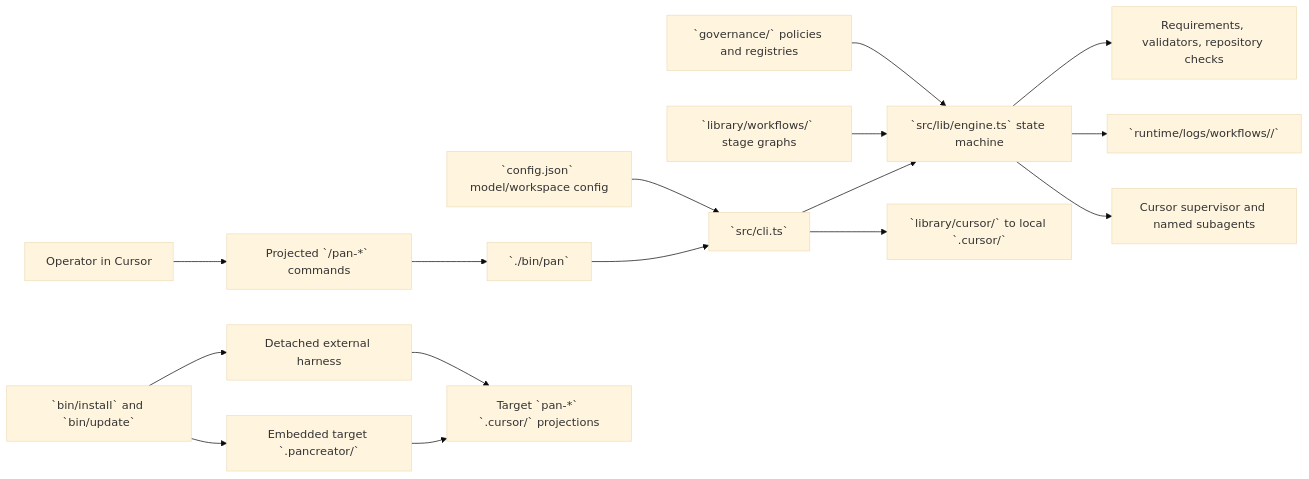
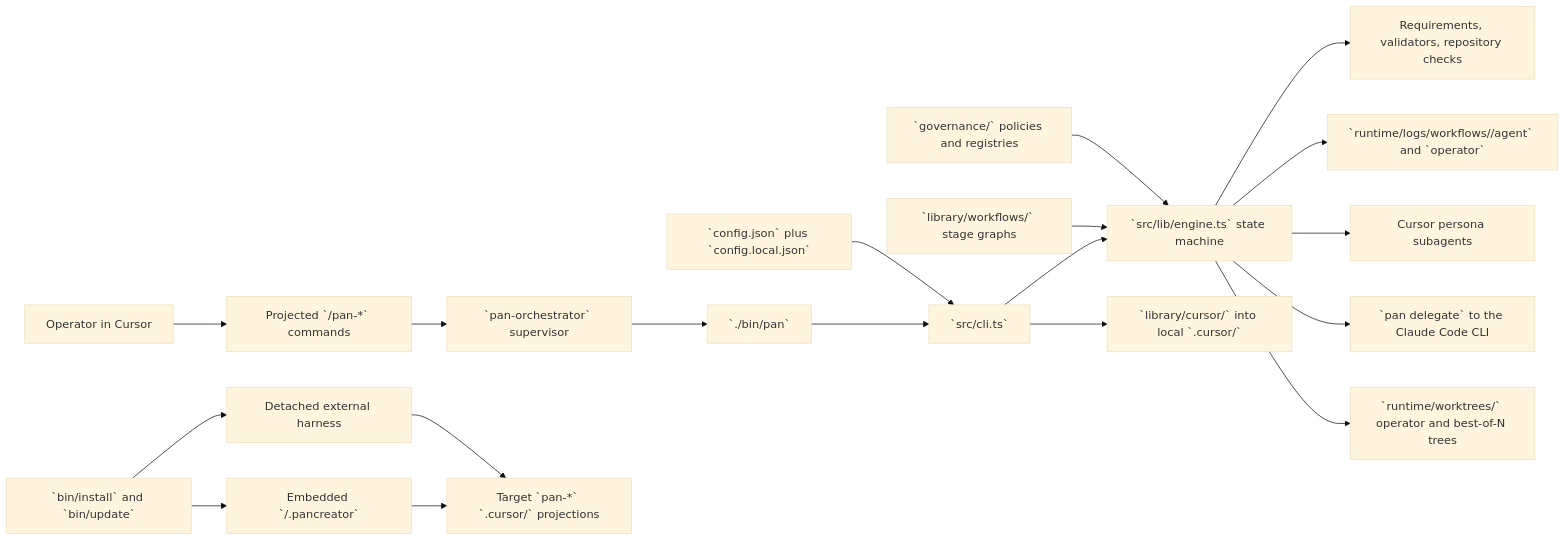
Before and after one commit to alenlukic/pancreator: the diagram in docs/target-repo-primer.md, drawn with Mermaid (base theme). The commit also changed other lines of this file and 63 other files, not shown here.

````diff
--- a/docs/target-repo-primer.md
+++ b/docs/target-repo-primer.md
@@ -51,18 +54,21 @@
 ```mermaid
 flowchart LR
   Operator[Operator in Cursor] --> Commands[Projected `/pan-*` commands]
-  Commands --> Pan[`./bin/pan`]
+  Commands --> Supervisor[`pan-orchestrator` supervisor]
+  Supervisor --> Pan[`./bin/pan`]
   Pan --> CLI[`src/cli.ts`]
   CLI --> Engine[`src/lib/engine.ts` state machine]
-  Project[`config.json` model/workspace config] --> CLI
+  Config[`config.json` plus `config.local.json`] --> CLI
   Workflows[`library/workflows/` stage graphs] --> Engine
   Governance[`governance/` policies and registries] --> Engine
-  Engine --> Validation[Requirements, validators, repository checks]
-  Engine --> Runtime[`runtime/logs/workflows/<run-id>/`]
-  Engine --> Workers[Cursor supervisor and named subagents]
-  CLI --> Projection[`library/cursor/` to local `.cursor/`]
-  Installer[`bin/install` and `bin/update`] --> Embedded[Embedded target `.pancreator/`]
+  Engine --> Requirements[Requirements, validators, repository checks]
+  Engine --> Runtime[`runtime/logs/workflows/<run-id>/agent` and `operator`]
+  Engine --> CursorWorkers[Cursor persona subagents]
+  Engine --> External[`pan delegate` to the Claude Code CLI]
+  Engine --> Worktrees[`runtime/worktrees/` operator and best-of-N trees]
+  CLI --> Projection[`library/cursor/` into local `.cursor/`]
+  Installer[`bin/install` and `bin/update`] --> Embedded[Embedded `<target>/.pancreator`]
   Installer --> Detached[Detached external harness]
   Embedded --> TargetCursor[Target `pan-*` `.cursor/` projections]
   Detached --> TargetCursor
 ```
````
